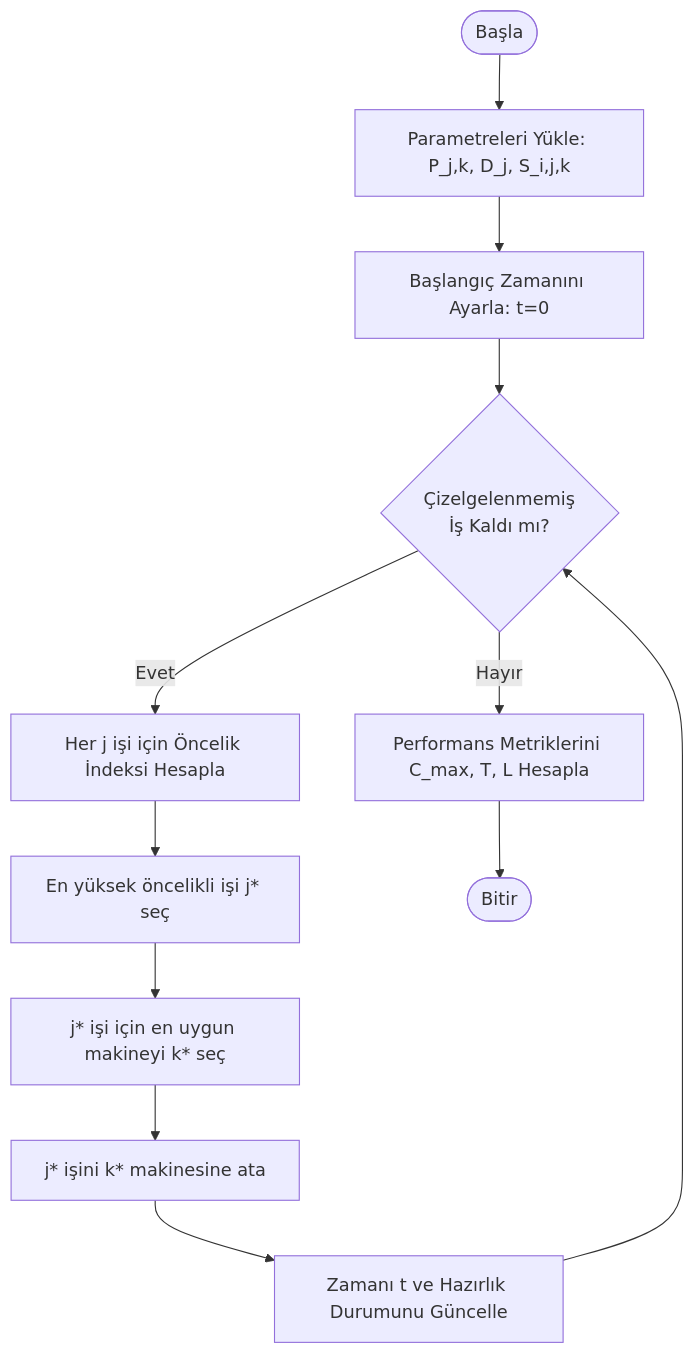
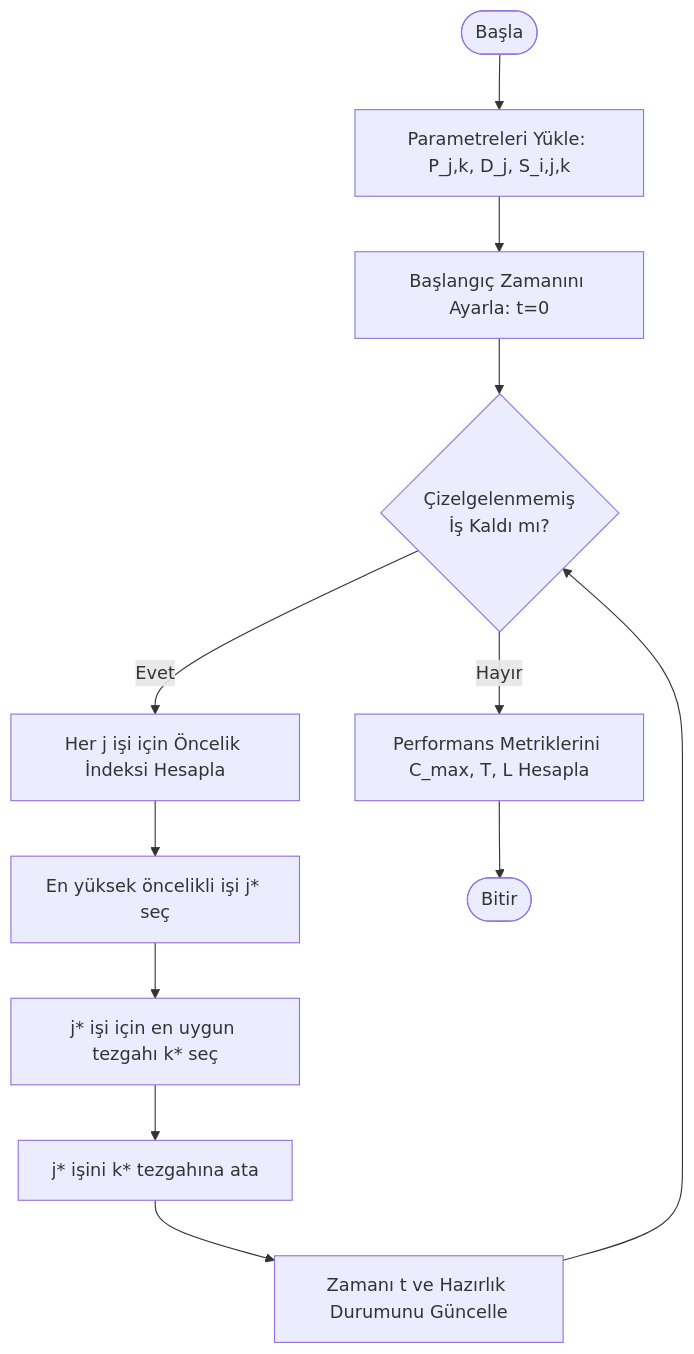
Before and after one commit to umuxt/END505E: the second of 3 diagrams in 10_uygulama_teorik_akis.md, drawn with Mermaid. The commit also changed other lines of this file and 15 other files, not shown here.

````diff
--- a/10_uygulama_teorik_akis.md
+++ b/10_uygulama_teorik_akis.md
@@ -77,16 +77,16 @@
 ```mermaid
 flowchart TD
     Start([Başla]) --> Init[Parametreleri Yükle: P_j,k, D_j, S_i,j,k]
     Init --> SetParams[Başlangıç Zamanını Ayarla: t=0]
     SetParams --> Check{Çizelgelenmemiş <br> İş Kaldı mı?}
     
     Check -- Evet --> CalcPriority[Her j işi için Öncelik İndeksi Hesapla]
     CalcPriority --> SelectJob[En yüksek öncelikli işi j* seç]
-    SelectJob --> SelectMachine[j* işi için en uygun makineyi k* seç]
-    SelectMachine --> AssignJob[j* işini k* makinesine ata]
+    SelectJob --> SelectMachine[j* işi için en uygun tezgahı k* seç]
+    SelectMachine --> AssignJob[j* işini k* tezgahına ata]
     AssignJob --> UpdateTime[Zamanı t ve Hazırlık Durumunu Güncelle]
     UpdateTime --> Check
     
     Check -- Hayır --> CalcMetrics[Performans Metriklerini C_max, T, L Hesapla]
     CalcMetrics --> End([Bitir])
 ```
````
